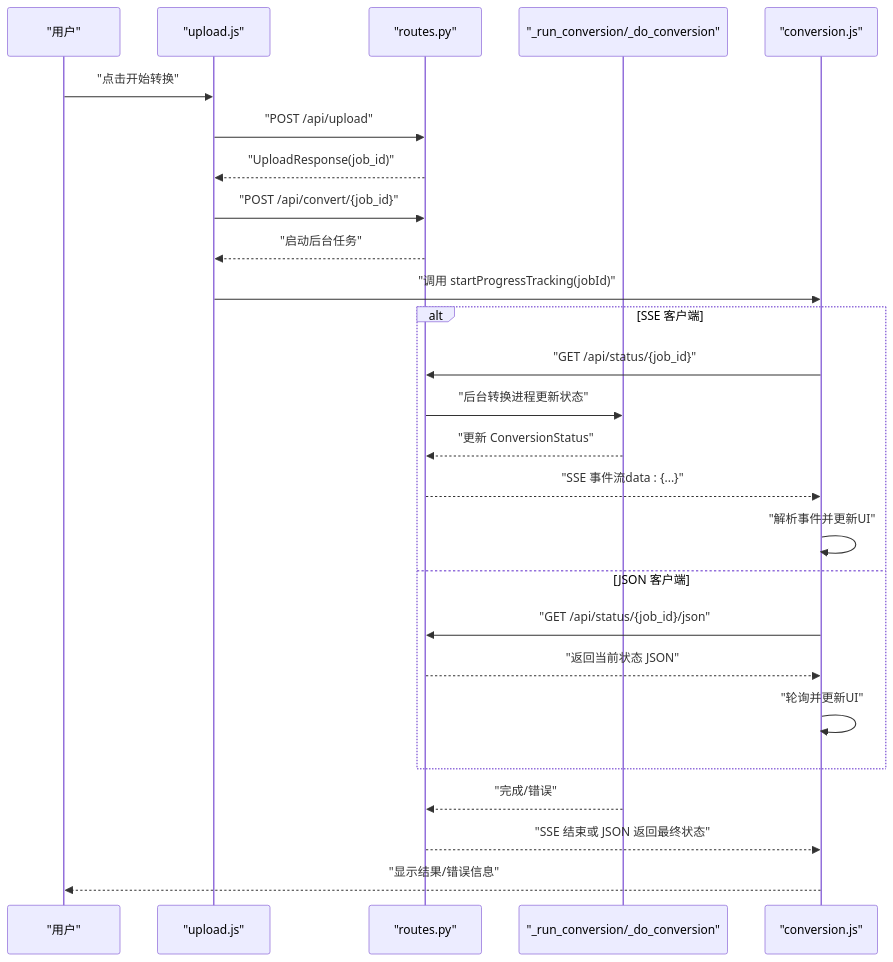
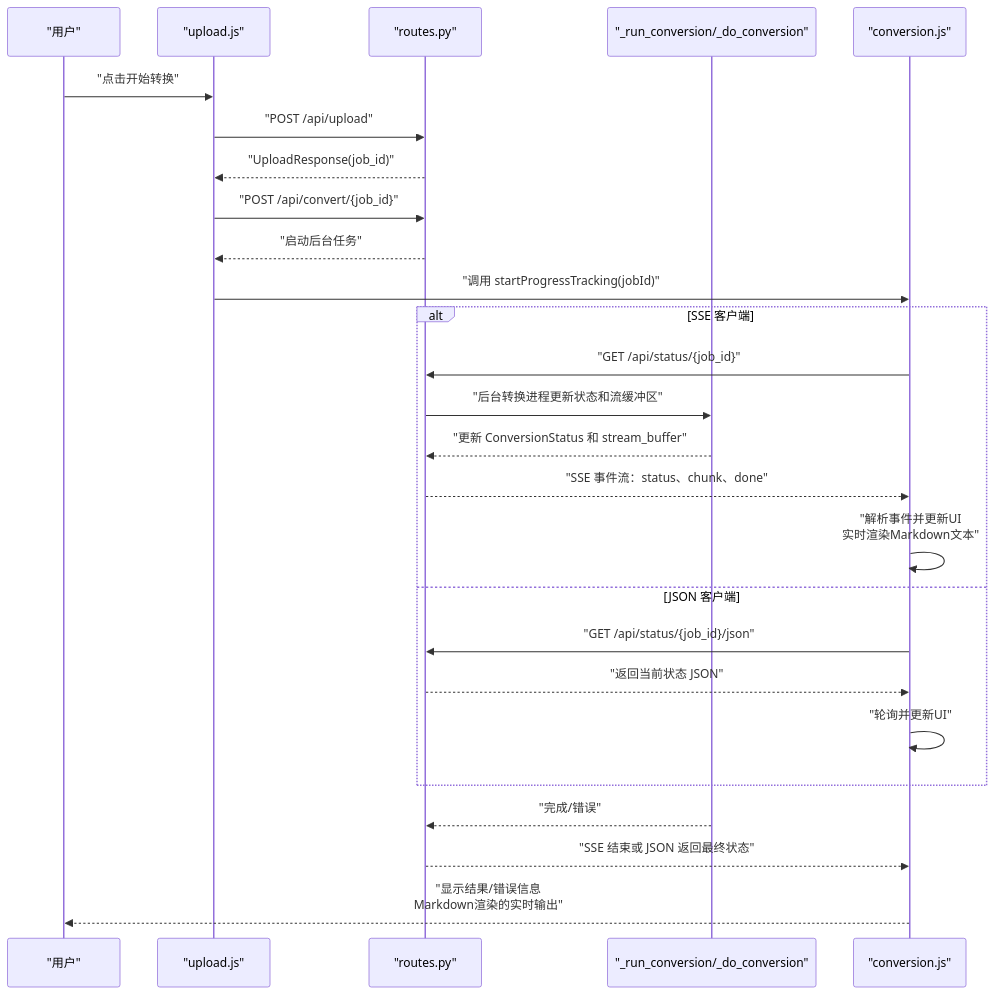
The second of 7 diagrams in .qoder/repowiki/zh/content/API参考文档/进度监控端点.md (tjujingzong/Novel-to-Screenplay), drawn with Mermaid before and after one commit. The commit also changed other lines of this file and 21 other files, not shown here.

````diff
--- a/.qoder/repowiki/zh/content/API参考文档/进度监控端点.md
+++ b/.qoder/repowiki/zh/content/API参考文档/进度监控端点.md
@@ -109,28 +135,28 @@
 ```mermaid
 sequenceDiagram
 participant U as "用户"
 participant JSU as "upload.js"
 participant API as "routes.py"
 participant BG as "_run_conversion/_do_conversion"
 participant JSC as "conversion.js"
 U->>JSU : "点击开始转换"
 JSU->>API : "POST /api/upload"
 API-->>JSU : "UploadResponse(job_id)"
 JSU->>API : "POST /api/convert/{job_id}"
 API-->>JSU : "启动后台任务"
 JSU->>JSC : "调用 startProgressTracking(jobId)"
 alt SSE 客户端
 JSC->>API : "GET /api/status/{job_id}"
-API->>BG : "后台转换进程更新状态"
-BG-->>API : "更新 ConversionStatus"
-API-->>JSC : "SSE 事件流data : {...}"
-JSC->>JSC : "解析事件并更新UI"
+API->>BG : "后台转换进程更新状态和流缓冲区"
+BG-->>API : "更新 ConversionStatus 和 stream_buffer"
+API-->>JSC : "SSE 事件流：status、chunk、done"
+JSC->>JSC : "解析事件并更新UI<br/>实时渲染Markdown文本"
 else JSON 客户端
 JSC->>API : "GET /api/status/{job_id}/json"
 API-->>JSC : "返回当前状态 JSON"
 JSC->>JSC : "轮询并更新UI"
 end
 BG-->>API : "完成/错误"
 API-->>JSC : "SSE 结束或 JSON 返回最终状态"
-JSC-->>U : "显示结果/错误信息"
+JSC-->>U : "显示结果/错误信息<br/>Markdown渲染的实时输出"
 ```
````
